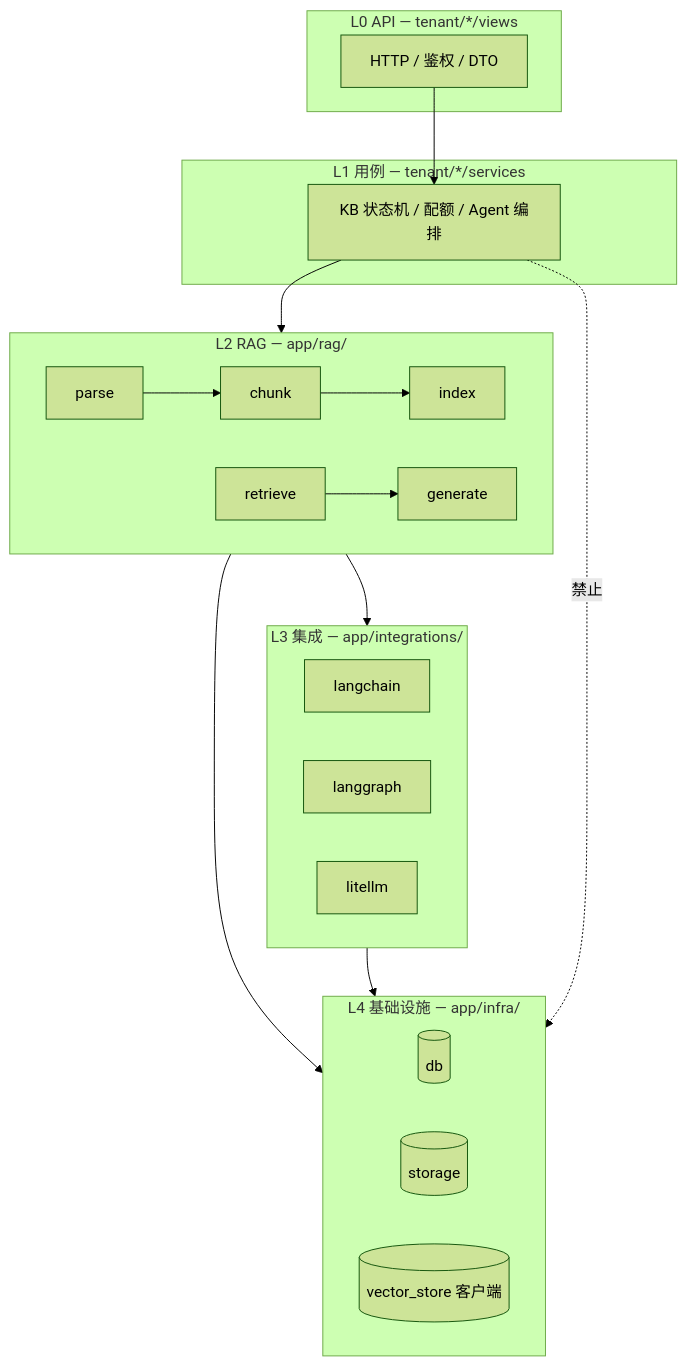
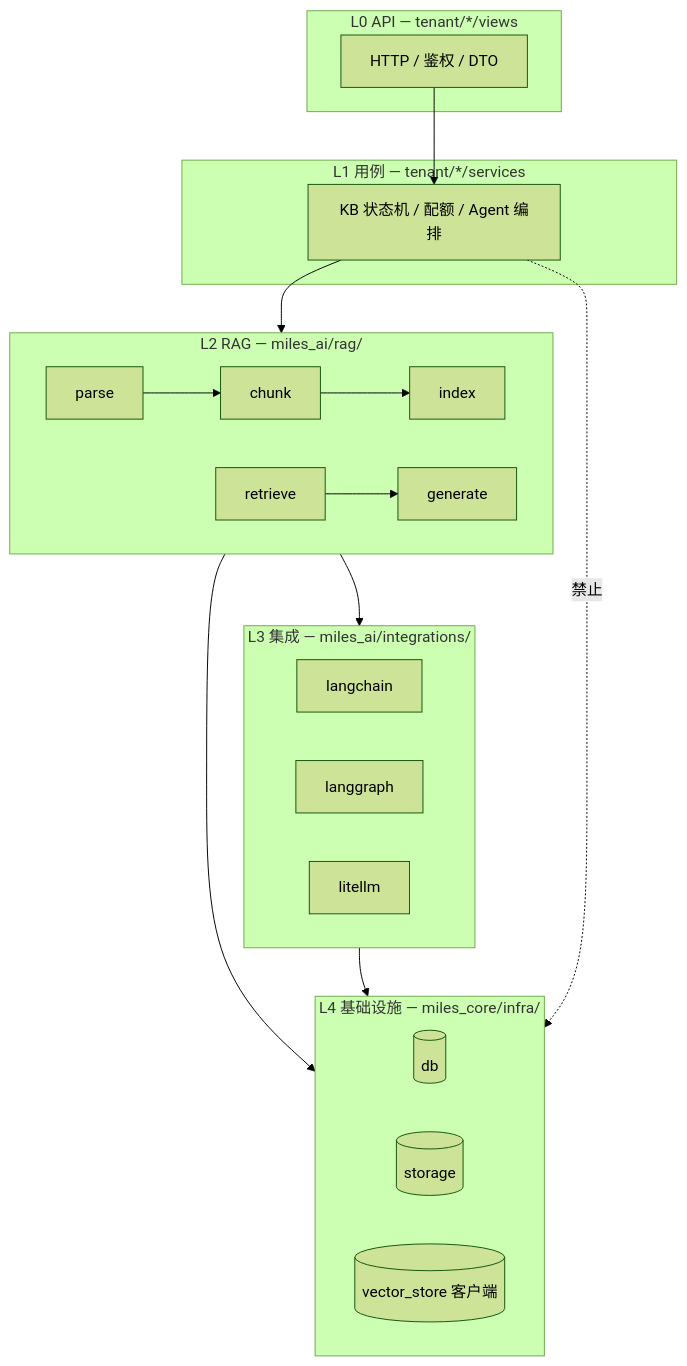
Before and after one commit to miles-ai-saas/MilesAi: the first of 2 diagrams in docs/architecture/layering.md, drawn with Mermaid (forest theme). The commit also changed other lines of this file and 37 other files, not shown here.

First line of the commit message:
docs(architecture): 更新为多包布局与包边界约定

````diff
--- a/docs/architecture/layering.md
+++ b/docs/architecture/layering.md
@@ -22,39 +22,39 @@
 ```mermaid
 flowchart TB
     subgraph L0["L0 API — tenant/*/views"]
         API[HTTP / 鉴权 / DTO]
     end
 
     subgraph L1["L1 用例 — tenant/*/services"]
         UC[KB 状态机 / 配额 / Agent 编排]
     end
 
-    subgraph L2["L2 RAG — app/rag/"]
+    subgraph L2["L2 RAG — miles_ai/rag/"]
         P[parse]
         C[chunk]
         I[index]
         R[retrieve]
         G[generate]
         P --> C --> I
         R --> G
     end
 
-    subgraph L3["L3 集成 — app/integrations/"]
+    subgraph L3["L3 集成 — miles_ai/integrations/"]
         LC[langchain]
         LG[langgraph]
         LLM[litellm]
     end
 
-    subgraph L4["L4 基础设施 — app/infra/"]
+    subgraph L4["L4 基础设施 — miles_core/infra/"]
         DB[(db)]
         OSS[(storage)]
         VS[(vector_store 客户端)]
     end
 
     API --> UC
     UC --> L2
     L2 --> L3
     L2 --> L4
     L3 --> L4
     UC -.->|禁止| L4
 ```
````
